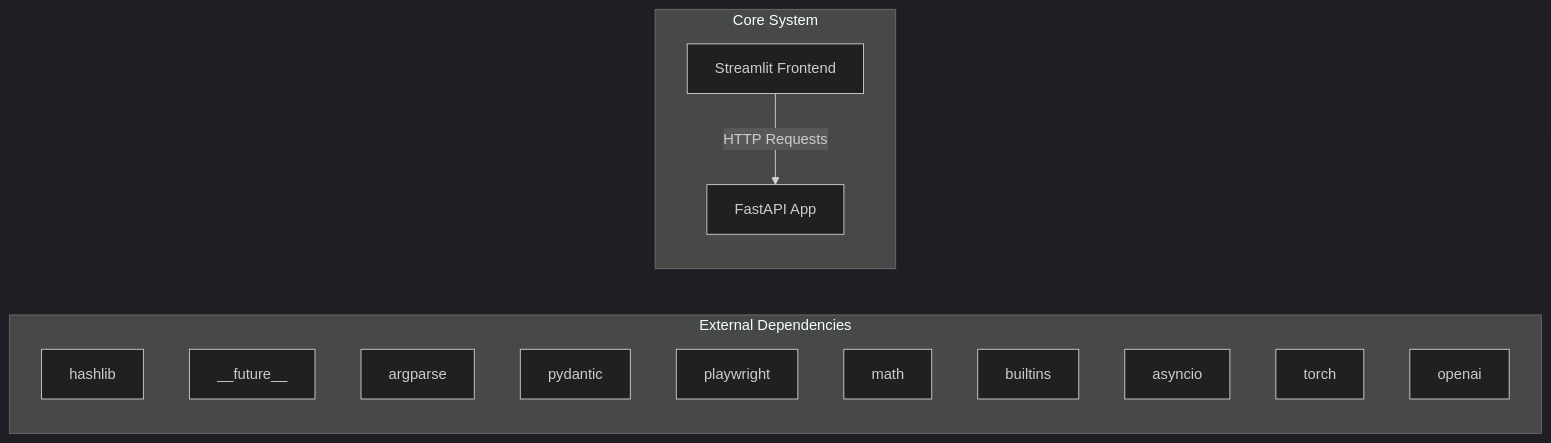
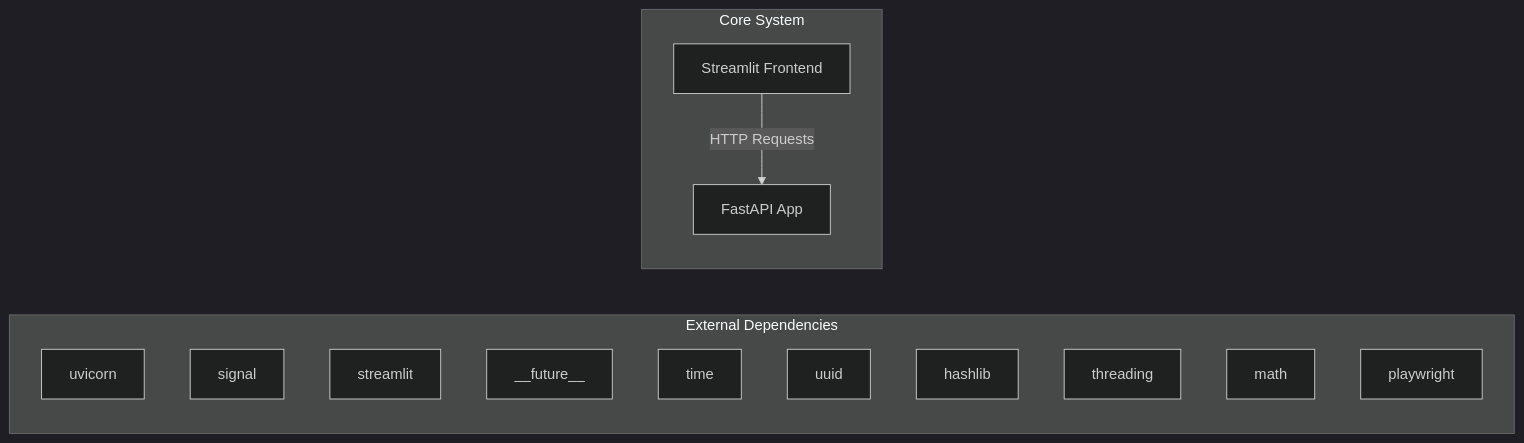
One commit to NITISH-R-G/rag-context-optimizer changed the first of 2 diagrams in docs/architecture.md. Above: the diagram before and after it, drawn with Mermaid (dark theme). The commit also changed 1 other file, not shown here.

Commit message:
docs: auto-update repository knowledge, architecture diagrams, and documentation

````diff
--- a/docs/architecture.md
+++ b/docs/architecture.md
@@ -7,20 +7,20 @@
 ```mermaid
 graph LR
     subgraph External Dependencies
-        E0["hashlib"]
-        E1["__future__"]
-        E2["argparse"]
-        E3["pydantic"]
-        E4["playwright"]
-        E5["math"]
-        E6["builtins"]
-        E7["asyncio"]
-        E8["torch"]
-        E9["openai"]
+        E0["uvicorn"]
+        E1["signal"]
+        E2["streamlit"]
+        E3["__future__"]
+        E4["time"]
+        E5["uuid"]
+        E6["hashlib"]
+        E7["threading"]
+        E8["math"]
+        E9["playwright"]
     end
     subgraph Core System
         API["FastAPI App"]
         UI["Streamlit Frontend"]
     end
     UI -->|HTTP Requests| API
 ```
````
